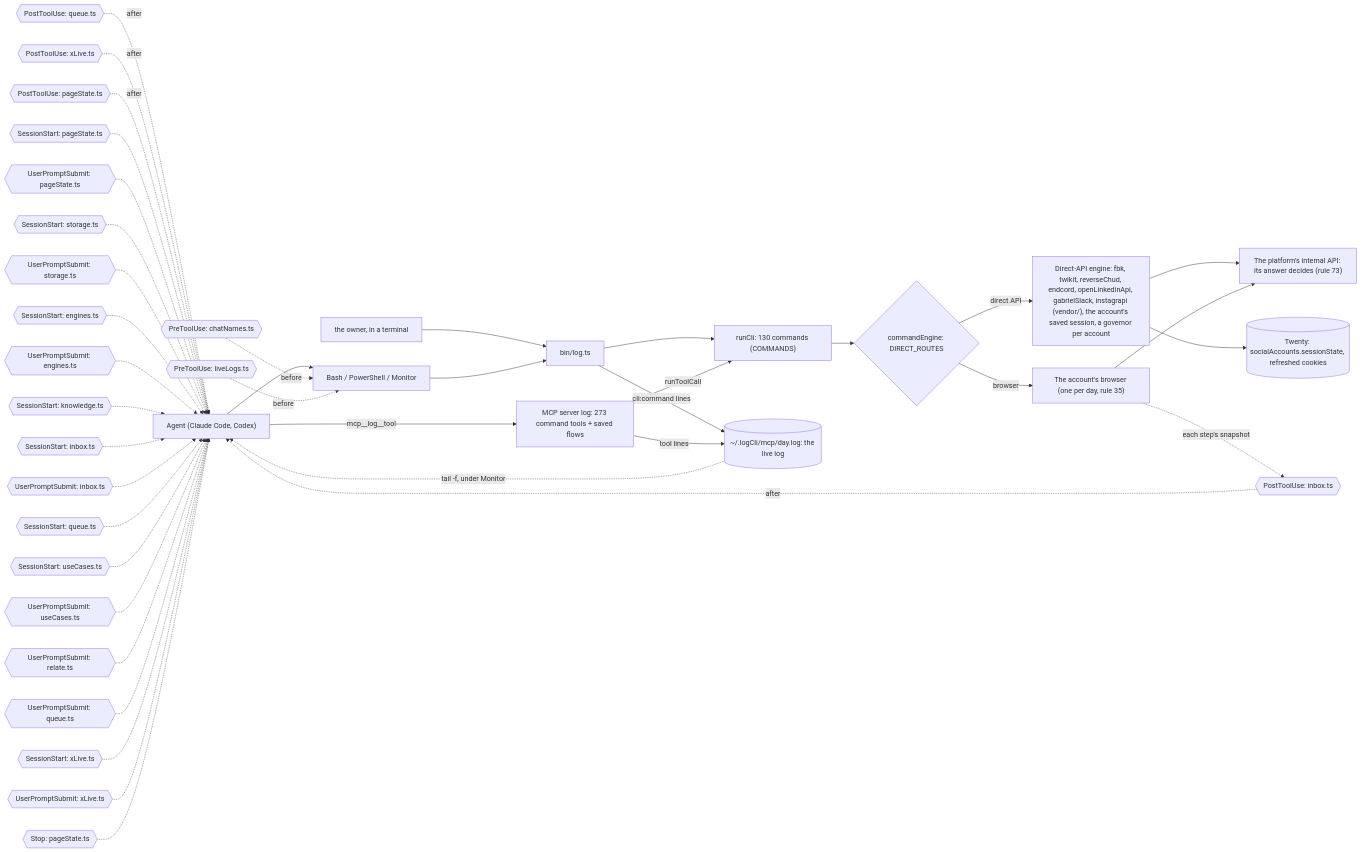
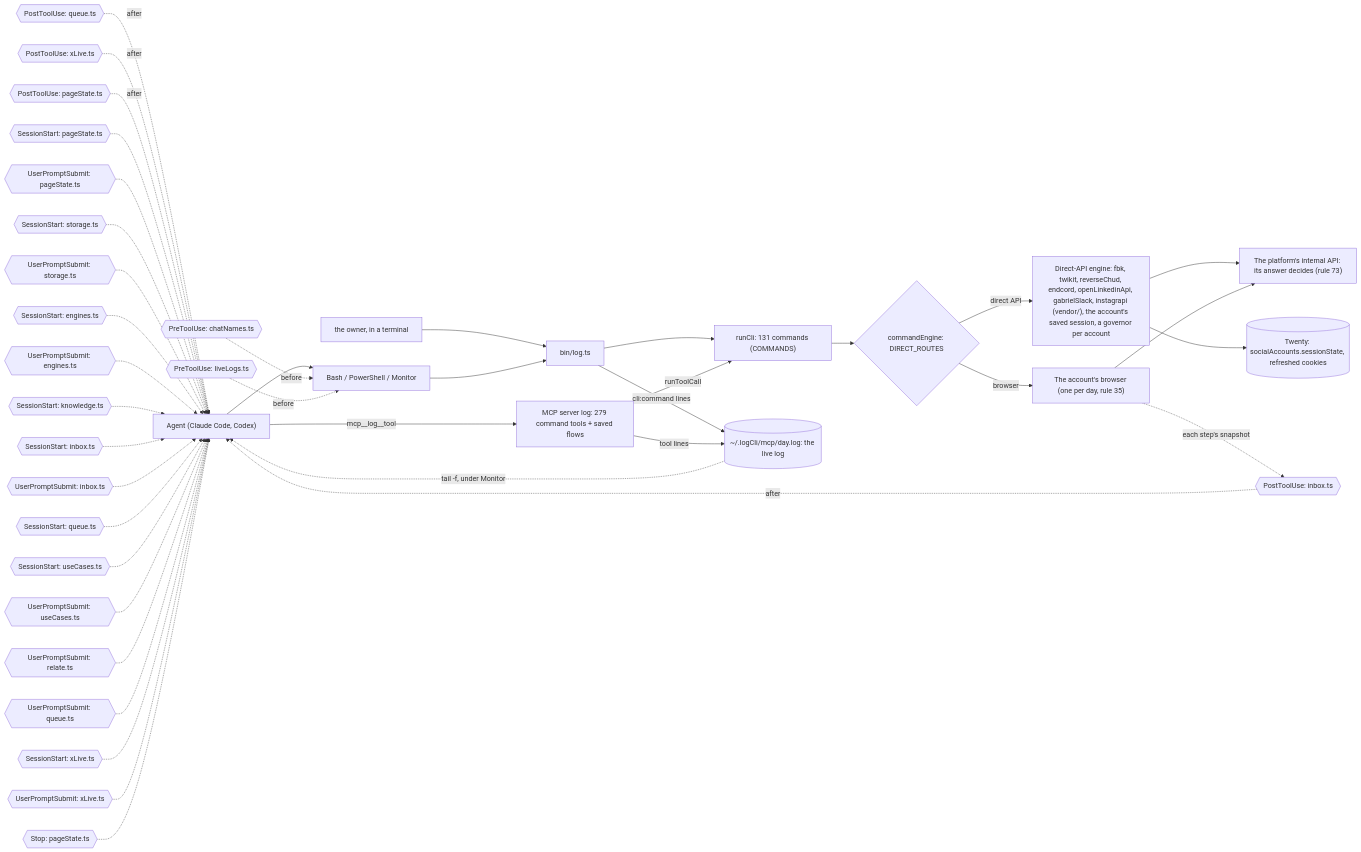
Before and after one commit to aggelos-pappas/log: the diagram in docs/diagrams/surface.mmd, drawn with Mermaid. The commit also changed 33 other files, not shown here.

```diff
--- a/docs/diagrams/surface.mmd
+++ b/docs/diagrams/surface.mmd
@@ -1,54 +1,54 @@
 %% How a call reaches log-cli. From a shell or over MCP, both run the same commands through `runCli`, write the same live log, and pass through the same hooks. `commandEngine` sends each command to the platform's direct API or to the account's browser.
 %% Written by `bun run docs:build` from the code (rule 56). Not edited by hand.
 flowchart LR
   agent["Agent (Claude Code, Codex)"]
   owner["the owner, in a terminal"]
   shell["Bash / PowerShell / Monitor"]
-  mcp["MCP server log: 273 command tools + saved flows"]
+  mcp["MCP server log: 279 command tools + saved flows"]
   bin["bin/log.ts"]
-  runCli["runCli: 130 commands (COMMANDS)"]
+  runCli["runCli: 131 commands (COMMANDS)"]
   live[("~/.logCli/mcp/day.log: the live log")]
   engine{"commandEngine: DIRECT_ROUTES"}
   direct["Direct-API engine: fbk, twikit, reverseChud, endcord, openLinkedinApi, gabrielSlack, instagrapi (vendor/), the account's saved session, a governor per account"]
   browser["The account's browser (one per day, rule 35)"]
   api["The platform's internal API: its answer decides (rule 73)"]
   twenty[("Twenty: socialAccounts.sessionState, refreshed cookies")]
   agent --> shell
   owner --> bin
   shell --> bin
   agent -->|mcp__log__tool| mcp
   bin --> runCli
   mcp -->|runToolCall| runCli
   runCli --> engine
   engine -->|direct API| direct
   engine -->|browser| browser
   direct --> api
   browser --> api
   direct --> twenty
   bin -->|cli:command lines| live
   mcp -->|tool lines| live
   live -.->|tail -f, under Monitor| agent
   pre0{{"PreToolUse: chatNames.ts"}} -.->|before| shell
   pre1{{"PreToolUse: liveLogs.ts"}} -.->|before| shell
   post0{{"PostToolUse: inbox.ts"}} -.->|after| agent
   post1{{"PostToolUse: queue.ts"}} -.->|after| agent
   post2{{"PostToolUse: xLive.ts"}} -.->|after| agent
   post3{{"PostToolUse: pageState.ts"}} -.->|after| agent
   turn0{{"SessionStart: pageState.ts"}} -.-> agent
   turn1{{"UserPromptSubmit: pageState.ts"}} -.-> agent
   turn2{{"SessionStart: storage.ts"}} -.-> agent
   turn3{{"UserPromptSubmit: storage.ts"}} -.-> agent
   turn4{{"SessionStart: engines.ts"}} -.-> agent
   turn5{{"UserPromptSubmit: engines.ts"}} -.-> agent
   turn6{{"SessionStart: knowledge.ts"}} -.-> agent
   turn7{{"SessionStart: inbox.ts"}} -.-> agent
   turn8{{"UserPromptSubmit: inbox.ts"}} -.-> agent
   turn9{{"SessionStart: queue.ts"}} -.-> agent
   turn10{{"SessionStart: useCases.ts"}} -.-> agent
   turn11{{"UserPromptSubmit: useCases.ts"}} -.-> agent
   turn12{{"UserPromptSubmit: relate.ts"}} -.-> agent
   turn13{{"UserPromptSubmit: queue.ts"}} -.-> agent
   turn14{{"SessionStart: xLive.ts"}} -.-> agent
   turn15{{"UserPromptSubmit: xLive.ts"}} -.-> agent
   turn16{{"Stop: pageState.ts"}} -.-> agent
   browser -.->|each step's snapshot| post0
```
